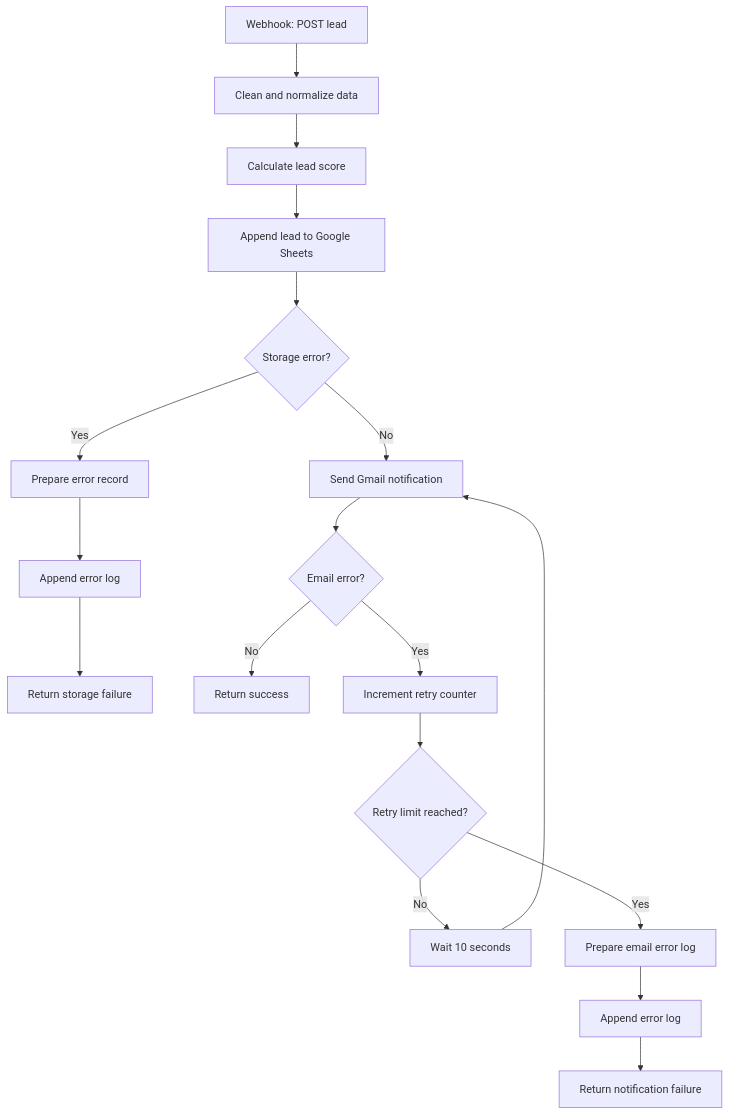
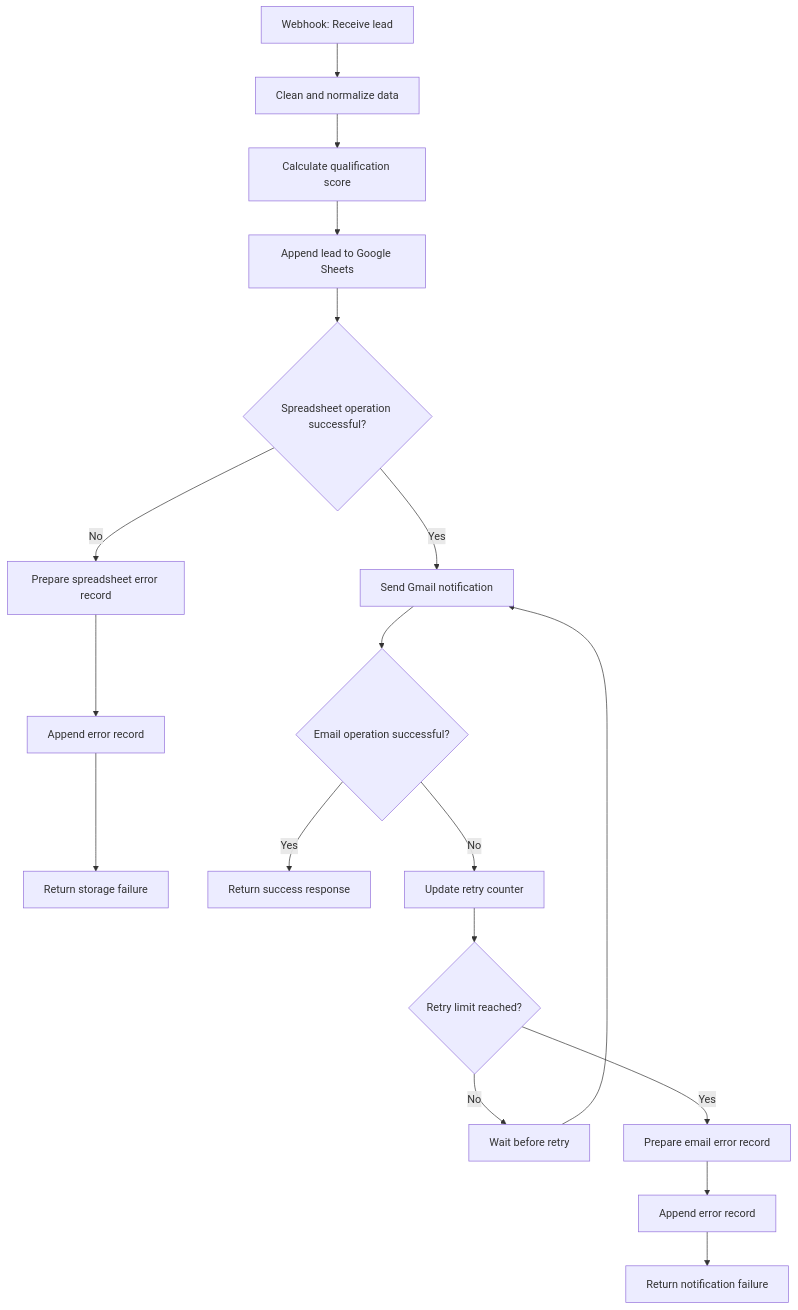
The diagram in README.md (shubhamthakur9771/n8n-enterprise-lead-qualification), drawn with Mermaid before and after one commit. The commit also changed other lines of this file, not shown here.

````diff
--- a/README.md
+++ b/README.md
@@ -40,20 +41,20 @@
 ```mermaid
 flowchart TD
-    A[Webhook: POST lead] --> B[Clean and normalize data]
-    B --> C[Calculate lead score]
+    A[Webhook: Receive lead] --> B[Clean and normalize data]
+    B --> C[Calculate qualification score]
     C --> D[Append lead to Google Sheets]
-    D --> E{Storage error?}
-    E -- Yes --> F[Prepare error record]
-    F --> G[Append error log]
+    D --> E{Spreadsheet operation successful?}
+    E -- No --> F[Prepare spreadsheet error record]
+    F --> G[Append error record]
     G --> H[Return storage failure]
-    E -- No --> I[Send Gmail notification]
-    I --> J{Email error?}
-    J -- No --> K[Return success]
-    J -- Yes --> L[Increment retry counter]
+    E -- Yes --> I[Send Gmail notification]
+    I --> J{Email operation successful?}
+    J -- Yes --> K[Return success response]
+    J -- No --> L[Update retry counter]
     L --> M{Retry limit reached?}
-    M -- No --> N[Wait 10 seconds]
+    M -- No --> N[Wait before retry]
     N --> I
-    M -- Yes --> O[Prepare email error log]
-    O --> P[Append error log]
+    M -- Yes --> O[Prepare email error record]
+    O --> P[Append error record]
     P --> Q[Return notification failure]
 ```
````
